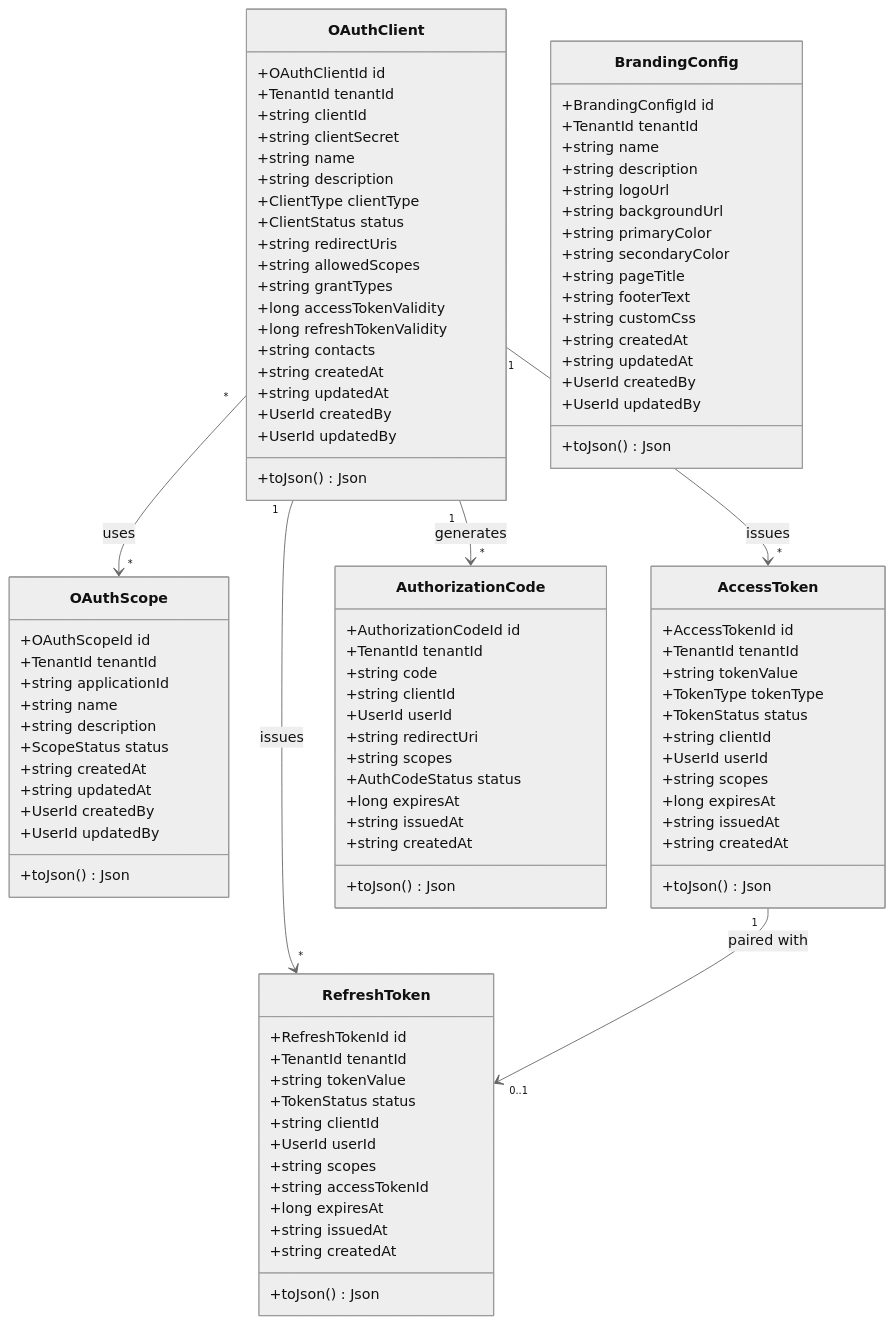
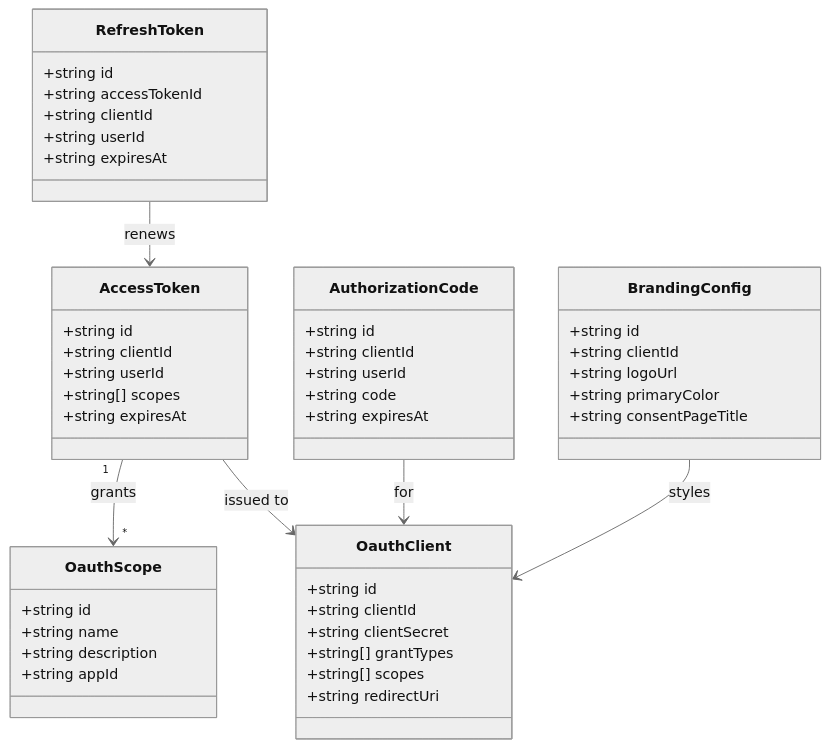
The first of 3 diagrams in oauth/UML.md (UIMSolutions/uim-platform), drawn with Mermaid (neutral theme) before and after one commit. The commit also changed other lines of this file and 128 other files, not shown here.

Commit message:
Refactor UML documentation for Task Center and Transport services; streamline class diagrams, sequence diagrams, and component diagrams for clarity and consistency. Update NAFv4 architecture description to enhance structure and readability. Adjust container module imports for better organization.

````diff
--- a/oauth/UML.md
+++ b/oauth/UML.md
@@ -5,108 +5,51 @@
 ```mermaid
 classDiagram
-    class OAuthClient {
-        +OAuthClientId id
-        +TenantId tenantId
+    class OauthClient {
+        +string id
         +string clientId
         +string clientSecret
+        +string[] grantTypes
+        +string[] scopes
+        +string redirectUri
+    }
+    class OauthScope {
+        +string id
         +string name
         +string description
-        +ClientType clientType
-        +ClientStatus status
-        +string redirectUris
-        +string allowedScopes
-        +string grantTypes
-        +long accessTokenValidity
-        +long refreshTokenValidity
-        +string contacts
-        +string createdAt
-        +string updatedAt
-        +UserId createdBy
-        +UserId updatedBy
-        +toJson() Json
+        +string appId
+    }
+    class AccessToken {
+        +string id
+        +string clientId
+        +string userId
+        +string[] scopes
+        +string expiresAt
+    }
+    class RefreshToken {
+        +string id
+        +string accessTokenId
+        +string clientId
+        +string userId
+        +string expiresAt
+    }
+    class AuthorizationCode {
+        +string id
+        +string clientId
+        +string userId
+        +string code
+        +string expiresAt
+    }
+    class BrandingConfig {
+        +string id
+        +string clientId
+        +string logoUrl
+        +string primaryColor
+        +string consentPageTitle
     }
 
-    class OAuthScope {
-        +OAuthScopeId id
-        +TenantId tenantId
-        +string applicationId
-        +string name
-        +string description
-        +ScopeStatus status
-        +string createdAt
-        +string updatedAt
-        +UserId createdBy
-        +UserId updatedBy
-        +toJson() Json
-    }
-
-    class AccessToken {
-        +AccessTokenId id
-        +TenantId tenantId
-        +string tokenValue
-        +TokenType tokenType
-        +TokenStatus status
-        +string clientId
-        +UserId userId
-        +string scopes
-        +long expiresAt
-        +string issuedAt
-        +string createdAt
-        +toJson() Json
-    }
-
-    class RefreshToken {
-        +RefreshTokenId id
-        +TenantId tenantId
-        +string tokenValue
-        +TokenStatus status
-        +string clientId
-        +UserId userId
-        +string scopes
-        +string accessTokenId
-        +long expiresAt
-        +string issuedAt
-        +string createdAt
-        +toJson() Json
-    }
-
-    class AuthorizationCode {
-        +AuthorizationCodeId id
-        +TenantId tenantId
-        +string code
-        +string clientId
-        +UserId userId
-        +string redirectUri
-        +string scopes
-        +AuthCodeStatus status
-        +long expiresAt
-        +string issuedAt
-        +string createdAt
-        +toJson() Json
-    }
-
-    class BrandingConfig {
-        +BrandingConfigId id
-        +TenantId tenantId
-        +string name
-        +string description
-        +string logoUrl
-        +string backgroundUrl
-        +string primaryColor
-        +string secondaryColor
-        +string pageTitle
-        +string footerText
-        +string customCss
-        +string createdAt
-        +string updatedAt
-        +UserId createdBy
-        +UserId updatedBy
-        +toJson() Json
-    }
-
-    OAuthClient "1" --> "*" AccessToken : issues
-    OAuthClient "1" --> "*" RefreshToken : issues
-    OAuthClient "1" --> "*" AuthorizationCode : generates
-    OAuthClient "*" --> "*" OAuthScope : uses
-    AccessToken "1" --> "0..1" RefreshToken : paired with
+    AccessToken --> OauthClient : issued to
+    AccessToken "1" --> "*" OauthScope : grants
+    RefreshToken --> AccessToken : renews
+    AuthorizationCode --> OauthClient : for
+    BrandingConfig --> OauthClient : styles
 ```
````
